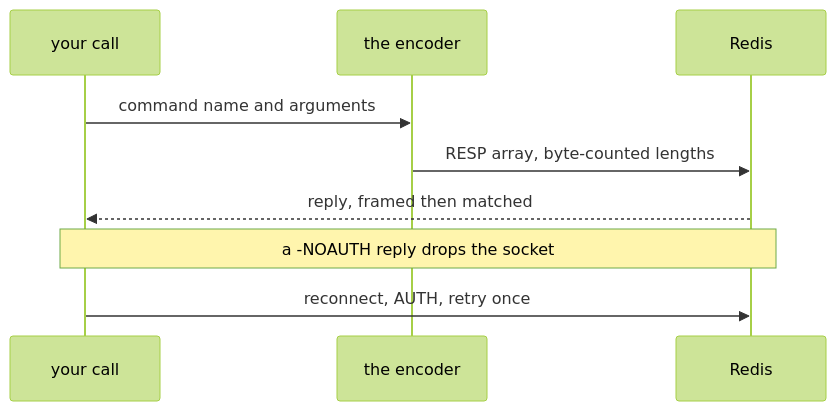
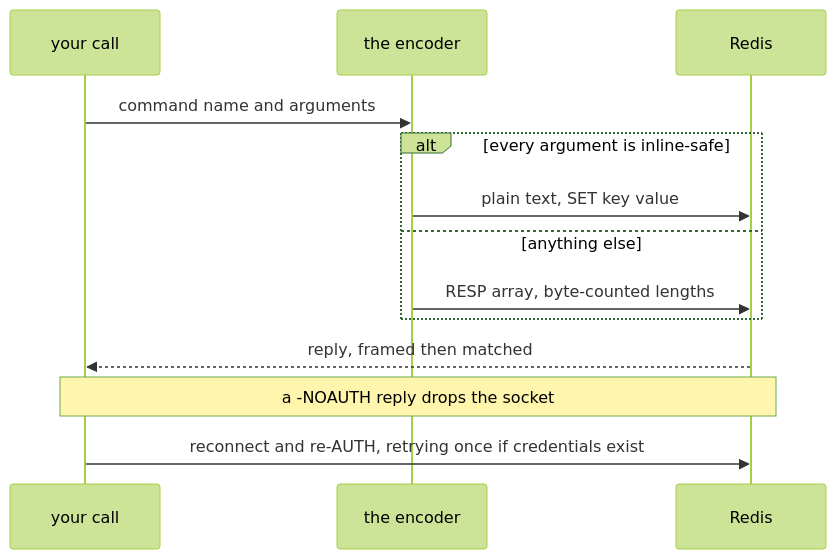
One commit to yingyeothon/tslib changed the diagram in packages/naive-redis/README.md. Above: the diagram before and after it, drawn with Mermaid (forest theme). The commit also changed other lines of this file and 27 other files, not shown here.

````diff
--- a/packages/naive-redis/README.md
+++ b/packages/naive-redis/README.md
@@ -7,11 +7,15 @@
 ```mermaid
 sequenceDiagram
   participant A as your call
   participant E as the encoder
   participant R as Redis
   A->>E: command name and arguments
-  E->>R: RESP array, byte-counted lengths
+  alt every argument is inline-safe
+    E->>R: plain text, SET key value
+  else anything else
+    E->>R: RESP array, byte-counted lengths
+  end
   R-->>A: reply, framed then matched
   Note over A,R: a -NOAUTH reply drops the socket
-  A->>R: reconnect, AUTH, retry once
+  A->>R: reconnect and re-AUTH, retrying once if credentials exist
 ```
````
